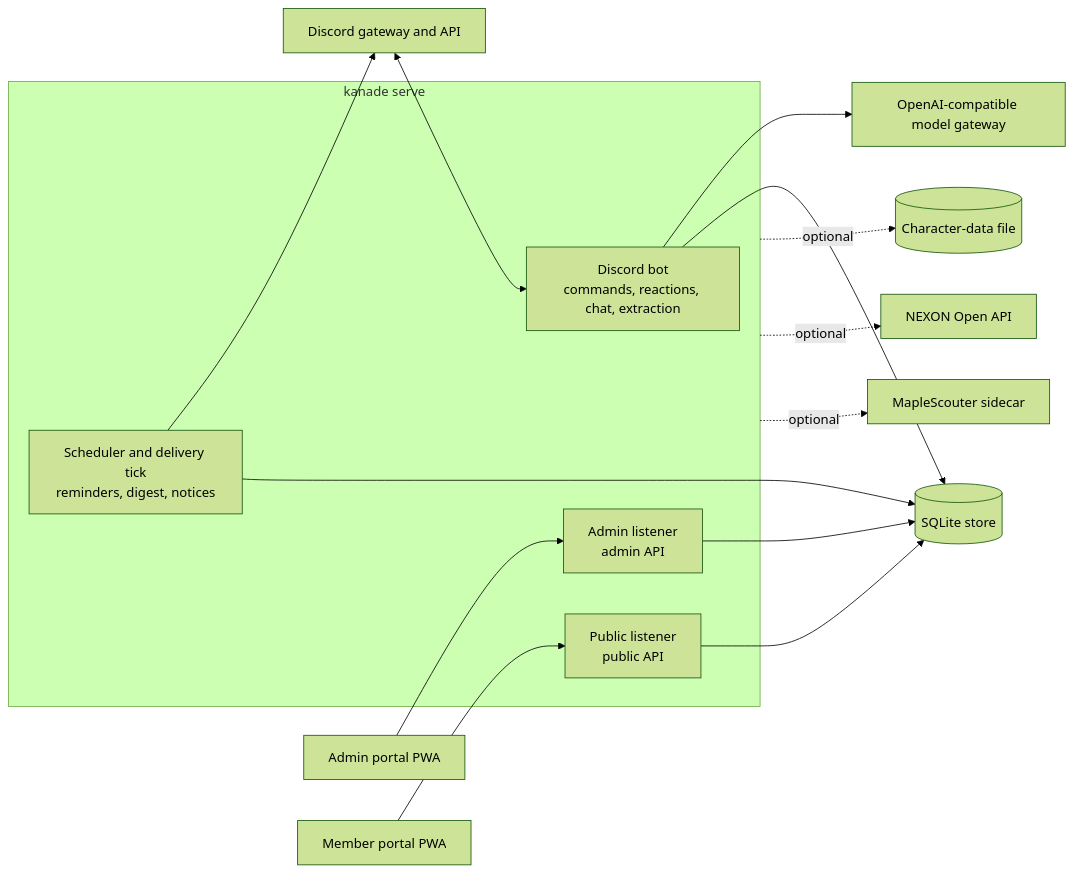
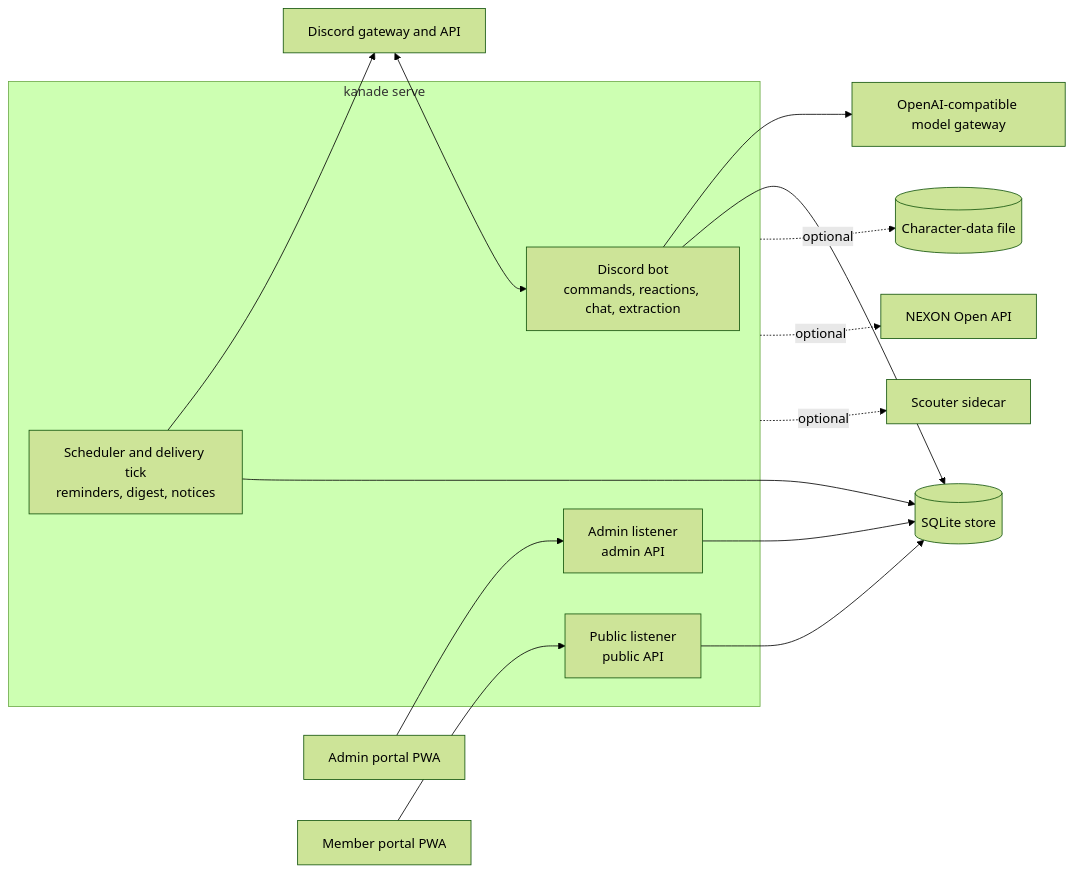
The diagram in README.md (hoshinoht/kanade-bot), drawn with Mermaid (forest theme) before and after one commit. The commit also changed other lines of this file and 66 other files, not shown here.

````diff
--- a/README.md
+++ b/README.md
@@ -78,30 +78,30 @@
 ```mermaid
 flowchart LR
   discord["Discord gateway and API"]
   subgraph serve["kanade serve"]
     bot["Discord bot<br/>commands, reactions, chat, extraction"]
     tick["Scheduler and delivery tick<br/>reminders, digest, notices"]
     adminl["Admin listener<br/>admin API"]
     publicl["Public listener<br/>public API"]
   end
   store[("SQLite store")]
   llm["OpenAI-compatible model gateway"]
   adminapp["Admin portal PWA"]
   memberapp["Member portal PWA"]
   chardata[("Character-data file")]
   nexon["NEXON Open API"]
-  scouter["MapleScouter sidecar"]
+  scouter["Scouter sidecar"]
 
   discord <--> bot
   tick --> discord
   bot --> llm
   bot --> store
   tick --> store
   adminl --> store
   publicl --> store
   adminapp --> adminl
   memberapp --> publicl
   serve -. optional .-> chardata
   serve -. optional .-> nexon
   serve -. optional .-> scouter
 ```
````
